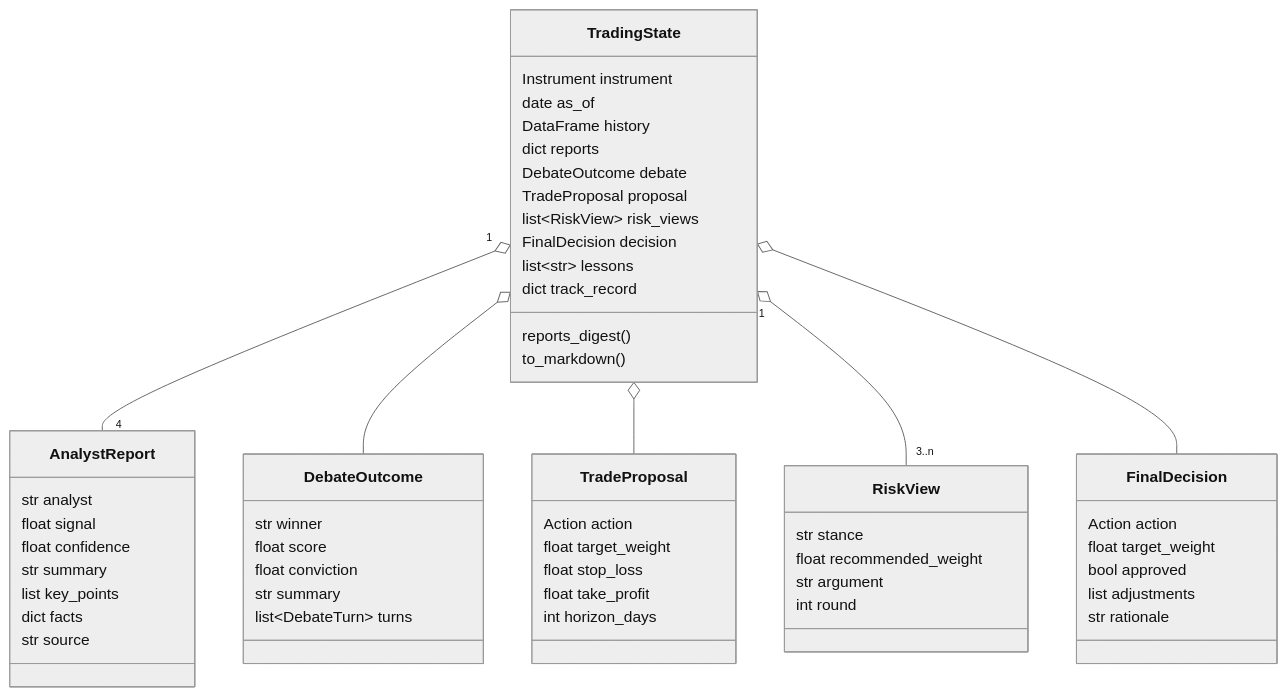
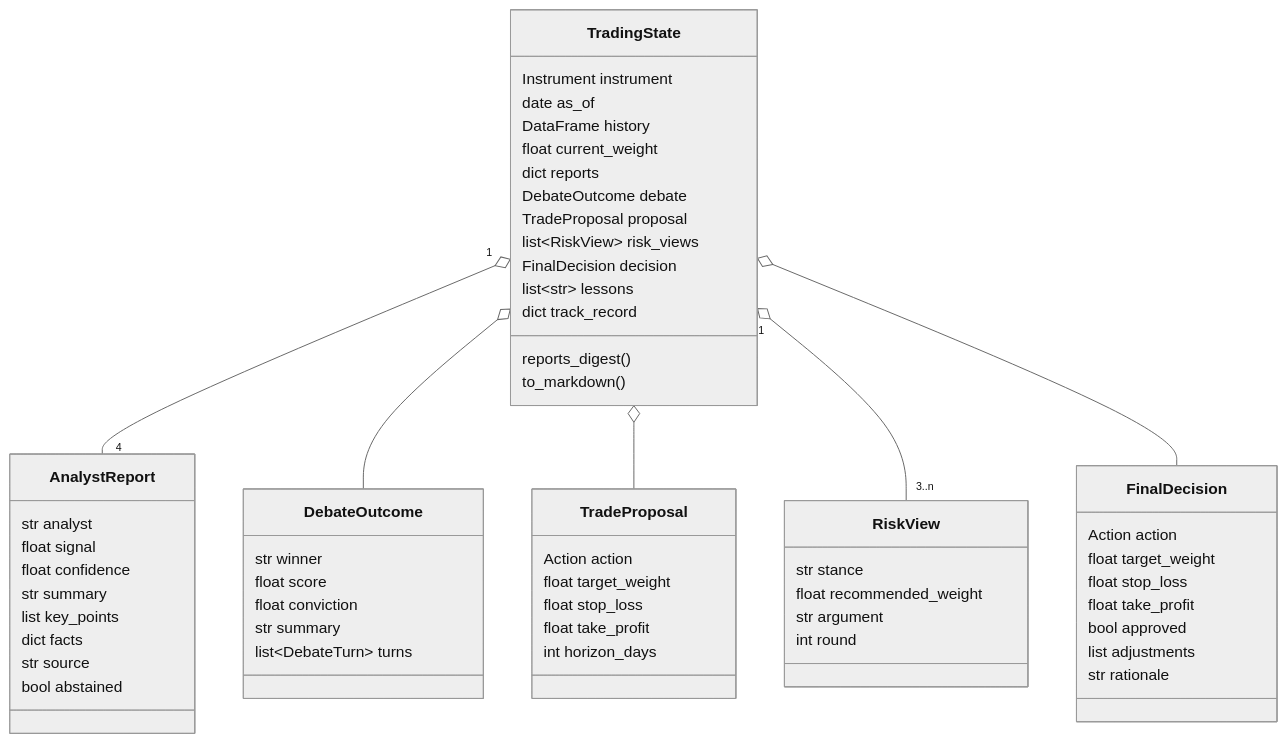
The fourth of 16 diagrams in docs/DIAGRAMS.md (AshJha0/agentic-trader), drawn with Mermaid (neutral theme) before and after one commit. The commit also changed other lines of this file and 48 other files, not shown here.

````diff
--- a/docs/DIAGRAMS.md
+++ b/docs/DIAGRAMS.md
@@ -104,58 +122,62 @@
 ```mermaid
 classDiagram
     class TradingState {
         Instrument instrument
         date as_of
         DataFrame history
+        float current_weight
         dict reports
         DebateOutcome debate
         TradeProposal proposal
         list~RiskView~ risk_views
         FinalDecision decision
         list~str~ lessons
         dict track_record
         reports_digest()
         to_markdown()
     }
     class AnalystReport {
         str analyst
         float signal
         float confidence
         str summary
         list key_points
         dict facts
         str source
+        bool abstained
     }
     class DebateOutcome {
         str winner
         float score
         float conviction
         str summary
         list~DebateTurn~ turns
     }
     class TradeProposal {
         Action action
         float target_weight
         float stop_loss
         float take_profit
         int horizon_days
     }
     class RiskView {
         str stance
         float recommended_weight
         str argument
         int round
     }
     class FinalDecision {
         Action action
         float target_weight
+        float stop_loss
+        float take_profit
         bool approved
         list adjustments
         str rationale
     }
     TradingState "1" o-- "4" AnalystReport
     TradingState o-- DebateOutcome
     TradingState o-- TradeProposal
     TradingState "1" o-- "3..n" RiskView
     TradingState o-- FinalDecision
 ```
````
